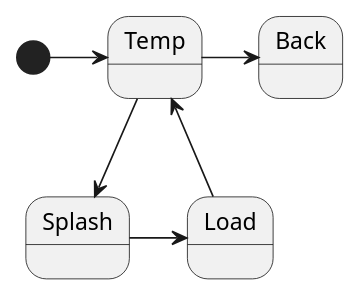
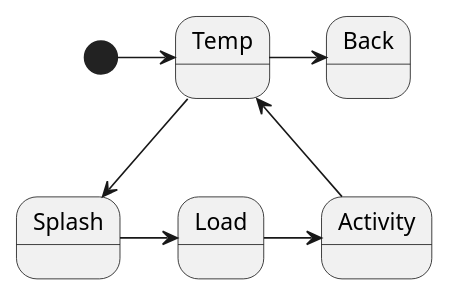
One commit to huntj88/FlowSampleApp changed the diagram in app/src/main/java/me/jameshunt/inmotiontestapplication/Temp.puml. Above: the diagram before and after it, drawn with PlantUML. The commit also changed 1 other file, not shown here.

Commit message:
bridge between standard activities and Flow

```diff
--- a/app/src/main/java/me/jameshunt/inmotiontestapplication/Temp.puml
+++ b/app/src/main/java/me/jameshunt/inmotiontestapplication/Temp.puml
@@ -1,10 +1,11 @@
 @startuml
 
 [*] -> Temp
 Temp --> Splash
 Splash -> Load
-Load --> Temp
+Load -> Activity
+Activity --> Temp
 
 Temp -> Back
 
 @enduml
```
